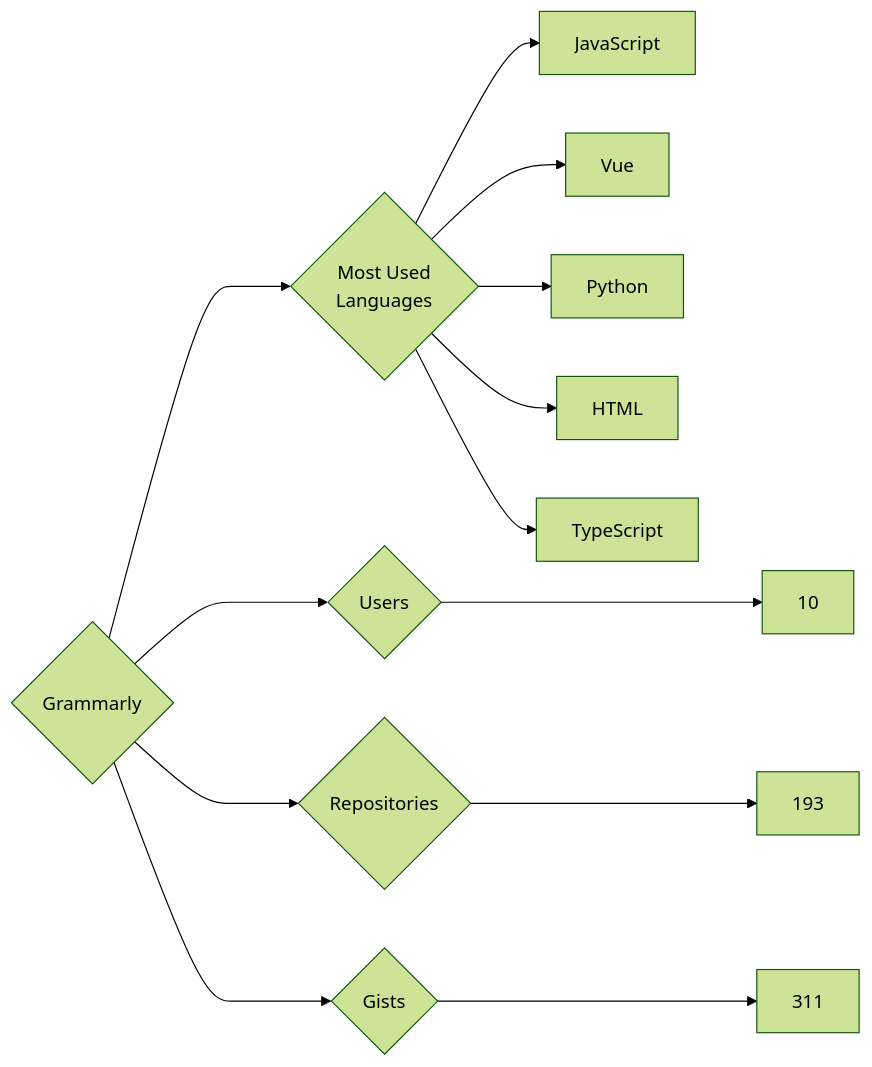
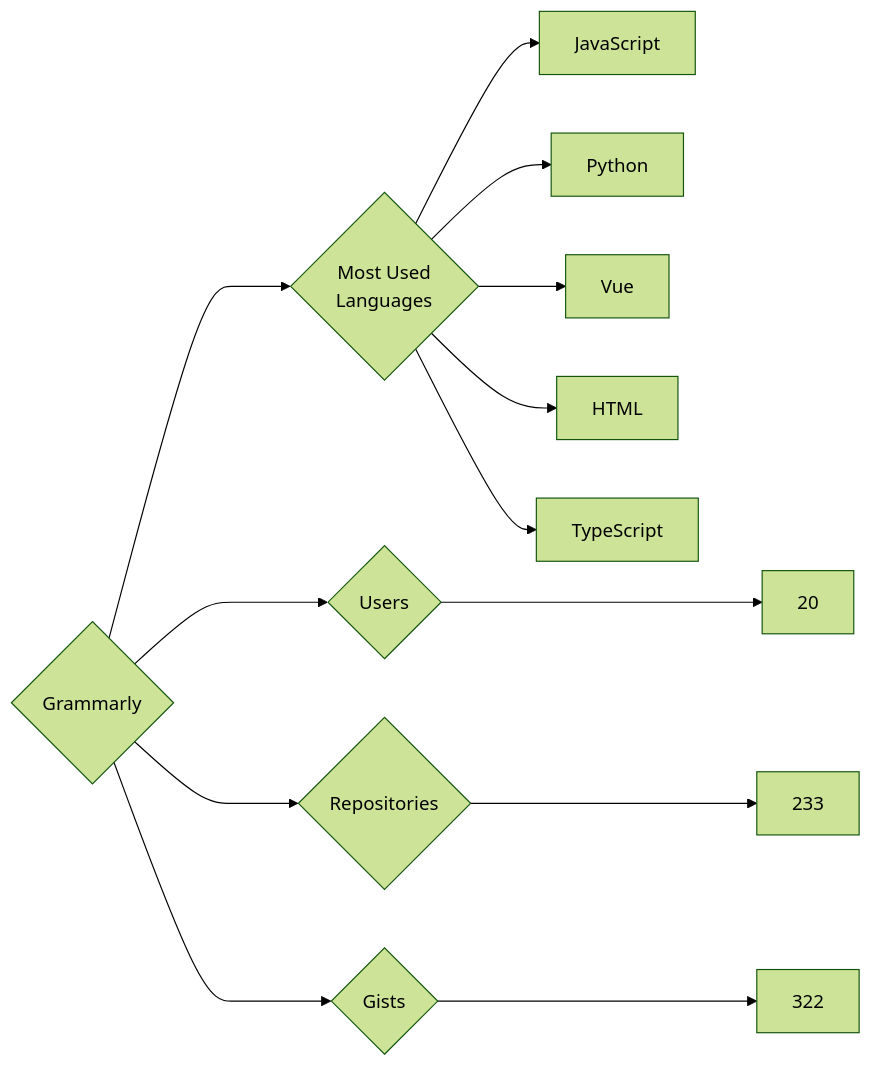
Before and after one commit to trickest/insiders: the diagram in targets/Grammarly/README.md, drawn with Mermaid (forest theme). The commit also changed 823 other files, not shown here.

````diff
--- a/targets/Grammarly/README.md
+++ b/targets/Grammarly/README.md
@@ -3,13 +3,13 @@
 ```mermaid
 graph LR
 COMPANY_NAME{Grammarly}
-COMPANY_NAME ---> U{Users} ---> UN[10]
-COMPANY_NAME ---> R{Repositories} ---> RN[193]
-COMPANY_NAME ---> G{Gists} ---> GN[311]
+COMPANY_NAME ---> U{Users} ---> UN[20]
+COMPANY_NAME ---> R{Repositories} ---> RN[233]
+COMPANY_NAME ---> G{Gists} ---> GN[322]
 COMPANY_NAME ---> ML{Most Used<br>Languages}
 ML --> JavaScript[JavaScript]
+ML --> Python[Python]
 ML --> Vue[Vue]
-ML --> Python[Python]
 ML --> HTML[HTML]
 ML --> TypeScript[TypeScript]
 ```
````
